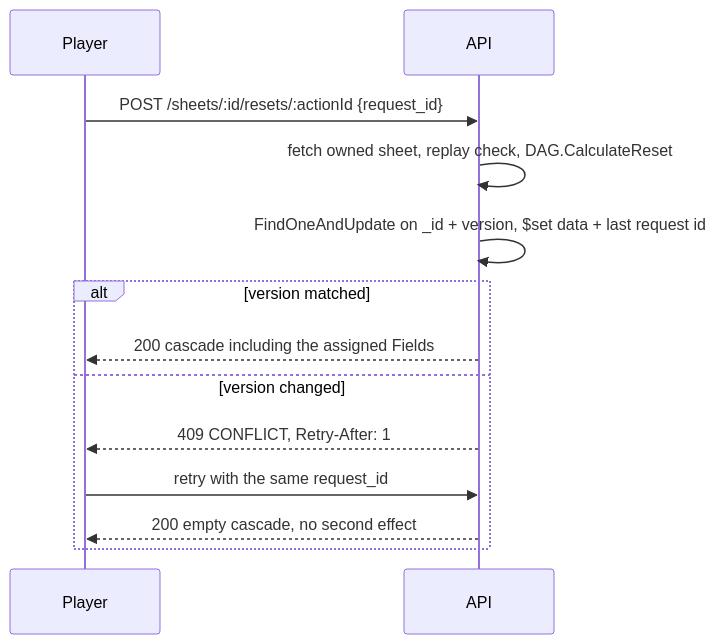
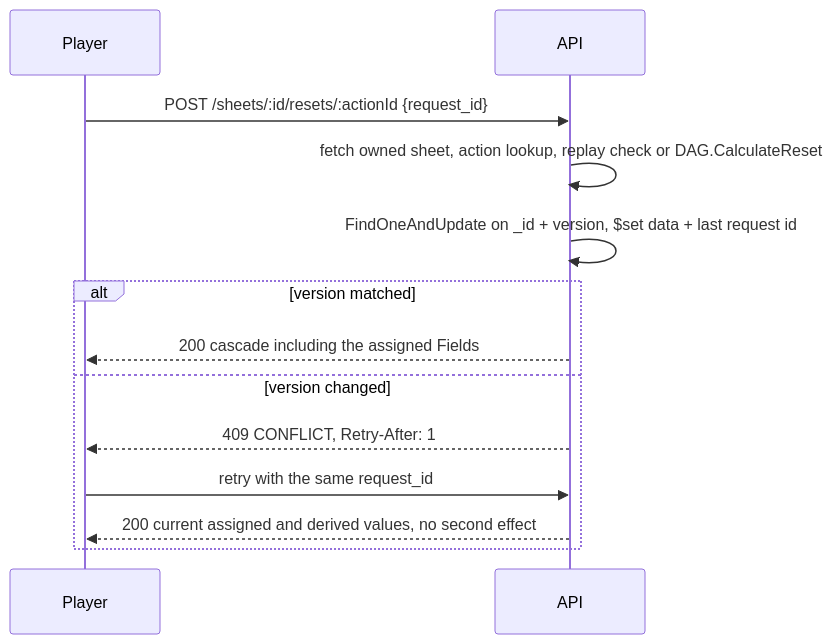
The third of 4 diagrams in context/sheets.md (paulo-valleriote/legnaris), drawn with Mermaid before and after one commit. The commit also changed other lines of this file and 20 other files, not shown here.

Commit message:
LGN-380: fix reset precedence, replay response and template scope

````diff
--- a/context/sheets.md
+++ b/context/sheets.md
@@ -139,13 +139,13 @@
 ```mermaid
 sequenceDiagram
   Player->>API: POST /sheets/:id/resets/:actionId {request_id}
-  API->>API: fetch owned sheet, replay check, DAG.CalculateReset
+  API->>API: fetch owned sheet, action lookup, replay check or DAG.CalculateReset
   API->>API: FindOneAndUpdate on _id + version, $set data + last request id
   alt version matched
     API-->>Player: 200 cascade including the assigned Fields
   else version changed
     API-->>Player: 409 CONFLICT, Retry-After: 1
     Player->>API: retry with the same request_id
-    API-->>Player: 200 empty cascade, no second effect
+    API-->>Player: 200 current assigned and derived values, no second effect
   end
 ```
````
